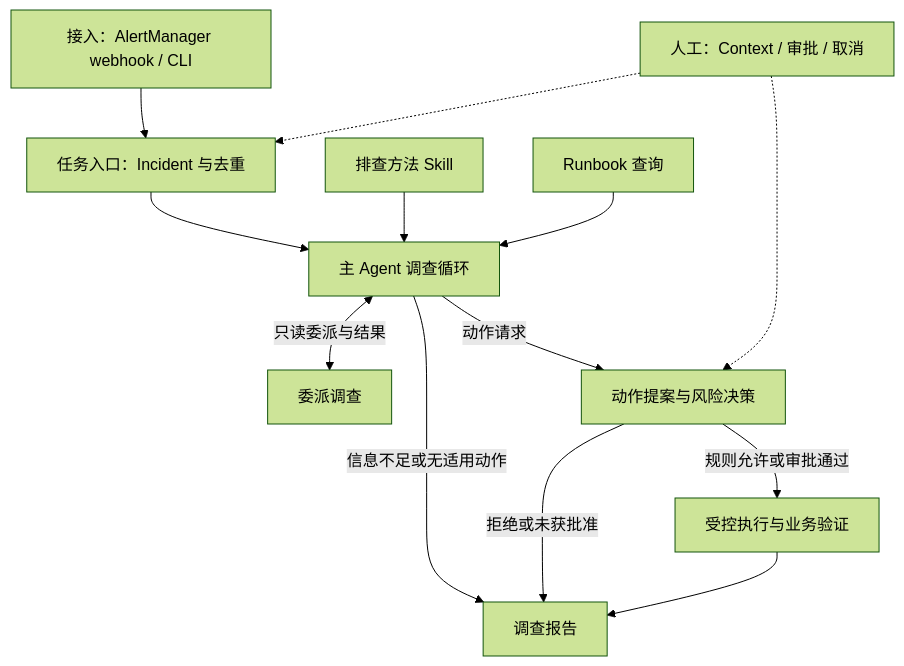
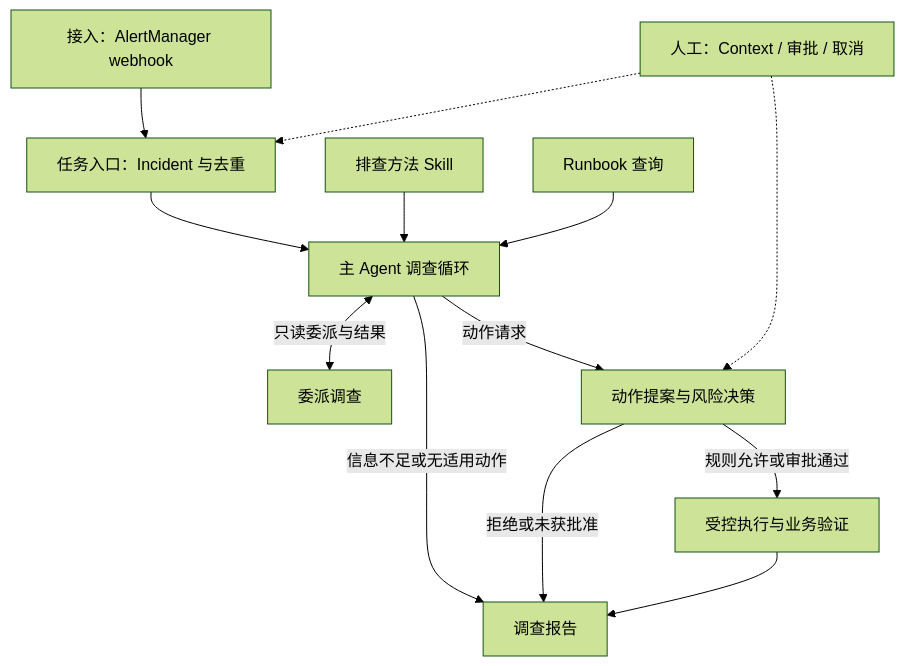
The diagram in ARCHITECTURE.md (ZDAN-OvO/vigil-ops-agent), drawn with Mermaid (forest theme) before and after one commit. The commit also changed other lines of this file and 13 other files, not shown here.

````diff
--- a/ARCHITECTURE.md
+++ b/ARCHITECTURE.md
@@ -15,15 +15,15 @@
 ```mermaid
 flowchart TD
-    A[接入：AlertManager webhook / CLI] --> B[任务入口：Incident 与去重]
+    A[接入：AlertManager webhook] --> B[任务入口：Incident 与去重]
     B --> C[主 Agent 调查循环]
     S[排查方法 Skill] --> C
     K[Runbook 查询] --> C
     C <-->|只读委派与结果| Q[委派调查]
     C -->|动作请求| D[动作提案与风险决策]
     C -->|信息不足或无适用动作| R[调查报告]
     D -->|规则允许或审批通过| E[受控执行与业务验证]
     D -->|拒绝或未获批准| R
     E --> R
     H[人工：Context / 审批 / 取消] -.-> B
     H -.-> D
 ```
````
